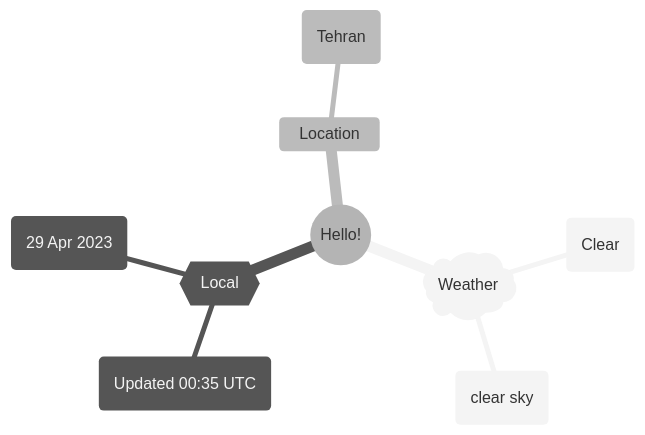
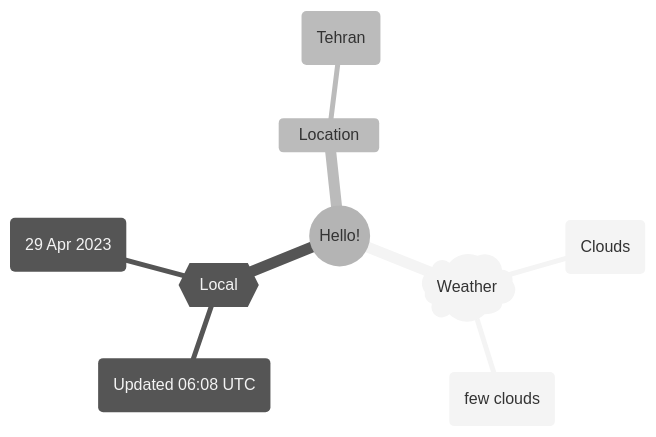
One commit to Xosrov/Xosrov changed the first of 2 diagrams in README.md. Above: the diagram before and after it, drawn with Mermaid (neutral theme).

Commit message:
[bot] updated images

````diff
--- a/README.md
+++ b/README.md
@@ -3,12 +3,12 @@
 ```mermaid
 mindmap
   root((Hello!))
     )Weather(
-        (Clear)
-        (clear sky)
+        (Clouds)
+        (few clouds)
     {{Local}}
-        (Updated 00:35 UTC)
+        (Updated 06:08 UTC)
         (29 Apr 2023)
     Location
         (Tehran)
 ```
````
